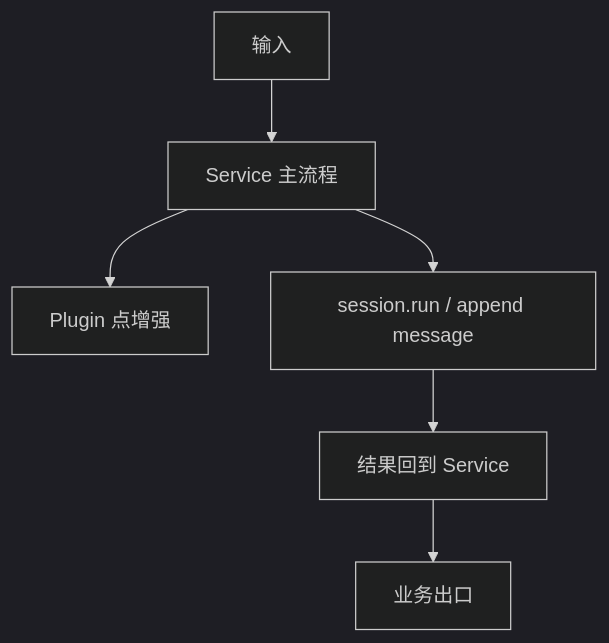
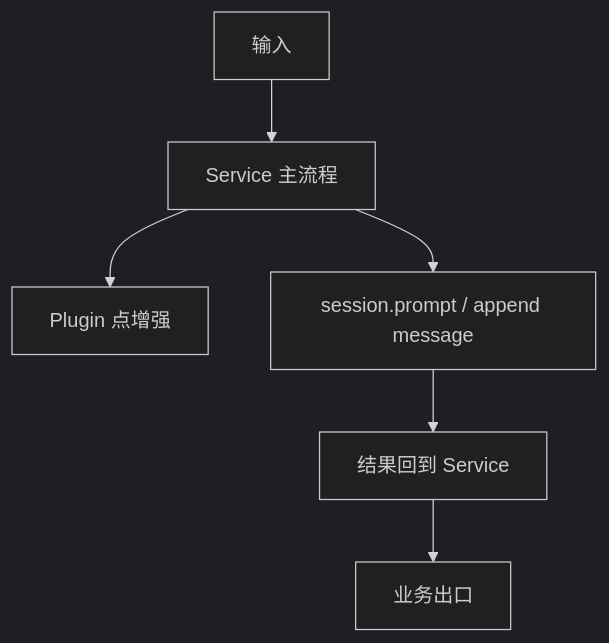
Before and after one commit to wangenius/downcity: the second of 2 diagrams in homepage/content/devdocs/zh/services/service-principles.mdx, drawn with Mermaid (dark theme). The commit also changed other lines of this file and 100 other files, not shown here.

Commit message:
feat(agent): add session prompt actor api

````diff
--- a/homepage/content/devdocs/zh/services/service-principles.mdx
+++ b/homepage/content/devdocs/zh/services/service-principles.mdx
@@ -181,8 +181,8 @@
 ```mermaid
 flowchart TD
   IN["输入"] --> SERVICE["Service 主流程"]
   SERVICE --> PLUGIN["Plugin 点增强"]
-  SERVICE --> SESSION["session.run / append message"]
+  SERVICE --> SESSION["session.prompt / append message"]
   SESSION --> OUT["结果回到 Service"]
   OUT --> EXIT["业务出口"]
 ```
````
